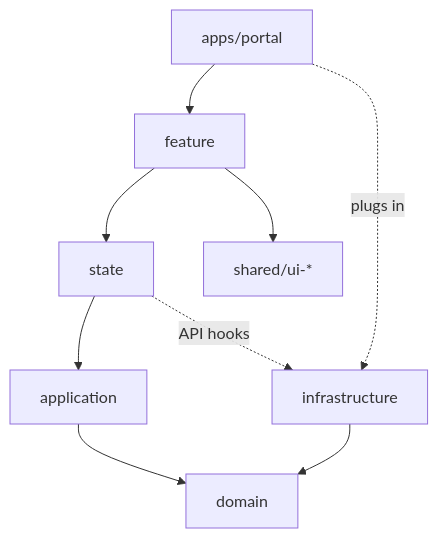
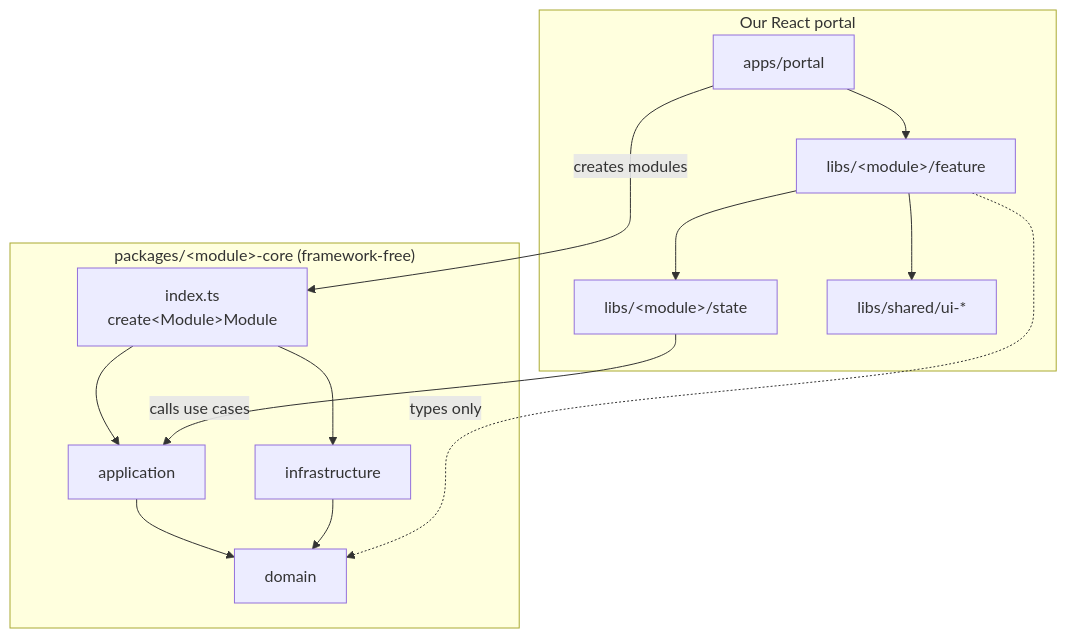
One commit to tx-arena-events/portal-frontend-spec changed the first of 2 diagrams in architecture/03-layers-and-libs.md. Above: the diagram before and after it, drawn with Mermaid. The commit also changed other lines of this file and 13 other files, not shown here.

Commit message:
docs(architecture): add frontend architecture guide

````diff
--- a/architecture/03-layers-and-libs.md
+++ b/architecture/03-layers-and-libs.md
@@ -22,11 +28,17 @@
 ```mermaid
 flowchart TB
-    app["apps/portal"] --> feature
-    feature --> state
-    feature --> ui["shared/ui-*"]
-    state --> application
-    application --> domain
-    infrastructure --> domain
-    app -. plugs in .-> infrastructure
-    state -. API hooks .-> infrastructure
+    subgraph portal["Our React portal"]
+        app["apps/portal"] --> feature["libs/&lt;module&gt;/feature"]
+        feature --> state["libs/&lt;module&gt;/state"]
+        feature --> ui["libs/shared/ui-*"]
+    end
+    subgraph core["packages/&lt;module&gt;-core (framework-free)"]
+        index["index.ts<br/>create&lt;Module&gt;Module"] --> application["application"]
+        index --> infrastructure["infrastructure"]
+        application --> domain["domain"]
+        infrastructure --> domain
+    end
+    app -- creates modules --> index
+    state -- calls use cases --> application
+    feature -. types only .-> domain
 ```
````
